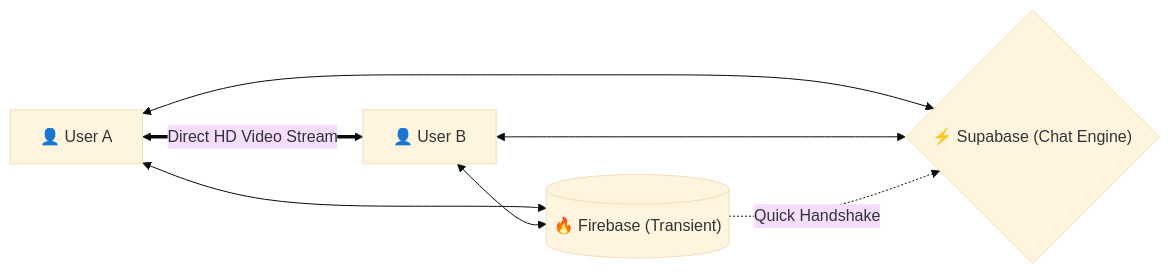
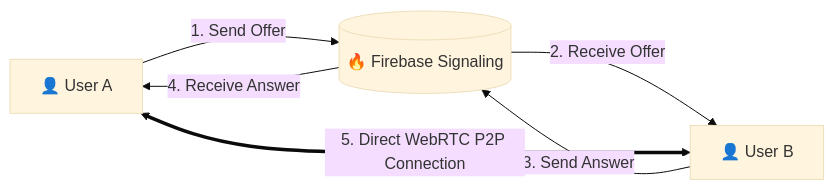
The second of 2 diagrams in README.md (likhith3035/livetalkbylikki), drawn with Mermaid (base theme) before and after one commit. The commit also changed other lines of this file, not shown here.

````diff
--- a/README.md
+++ b/README.md
@@ -51,9 +49,8 @@
 ```mermaid
 graph LR
-    UserA["👤 User A"] <--> FB[("🔥 Firebase (Transient)")]
-    UserB["👤 User B"] <--> FB
-    UserA <--> SB{"⚡ Supabase (Chat Engine)"}
-    UserB <--> SB
-    FB -. "Quick Handshake" .-> SB
-    UserA <== "Direct HD Video Stream" ==> UserB
+    A["👤 User A"] -- "1. Send Offer" --> F[("🔥 Firebase Signaling")]
+    F -- "2. Receive Offer" --> B["👤 User B"]
+    B -- "3. Send Answer" --> F
+    F -- "4. Receive Answer" --> A
+    A <== "5. Direct WebRTC P2P Connection" ==> B
 ```
````
